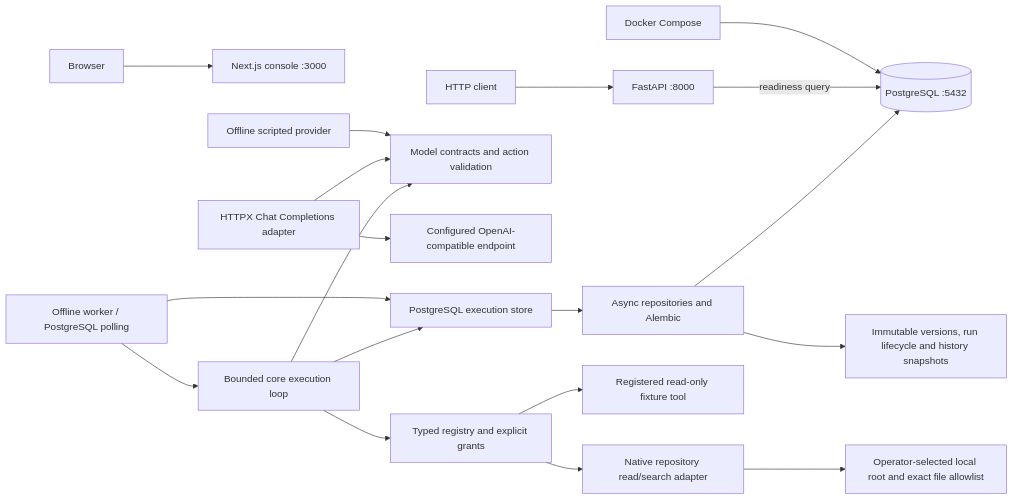
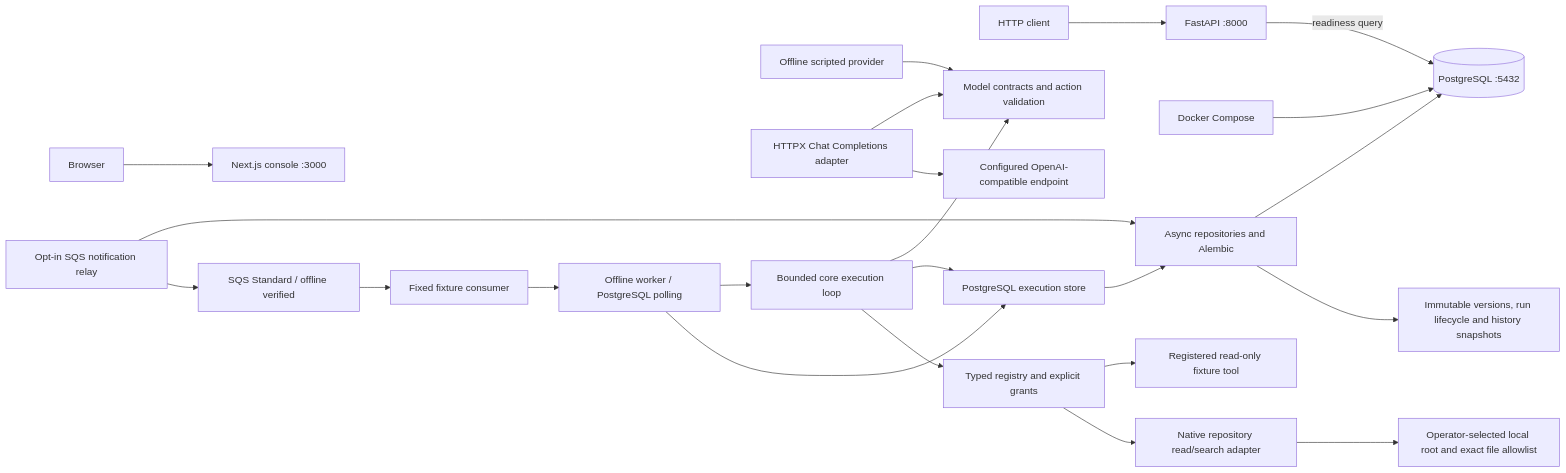
Before and after one commit to TaoM29/runveil: the first of 2 diagrams in ARCHITECTURE.md, drawn with Mermaid. The commit also changed other lines of this file and 2 other files, not shown here.

Commit message:
docs: update Runveil architecture and project roadmap

````diff
--- a/ARCHITECTURE.md
+++ b/ARCHITECTURE.md
@@ -5,21 +5,25 @@
 ```mermaid
 flowchart LR
     Browser --> Web[Next.js console :3000]
     Client[HTTP client] --> API[FastAPI :8000]
     Compose[Docker Compose] --> PG[(PostgreSQL :5432)]
     API -->|readiness query| PG
     Persistence[Async repositories and Alembic] --> PG
     Persistence --> Domain[Immutable versions, run lifecycle and history snapshots]
     Scripted[Offline scripted provider] --> Contracts[Model contracts and action validation]
     Hosted[HTTPX Chat Completions adapter] --> Contracts
     Hosted --> Endpoint[Configured OpenAI-compatible endpoint]
     Worker[Offline worker / PostgreSQL polling] --> Runtime
     Worker --> Store
+    Relay[Opt-in SQS notification relay] --> Persistence
+    Relay --> SQS[SQS Standard / offline verified]
+    SQS --> Consumer[Fixed fixture consumer]
+    Consumer --> Worker
     Runtime[Bounded core execution loop] --> Contracts
     Runtime --> Store[PostgreSQL execution store]
     Store --> Persistence
     Runtime --> Tools[Typed registry and explicit grants]
     Tools --> Fixture[Registered read-only fixture tool]
     Tools --> Repository[Native repository read/search adapter]
     Repository --> Checkout[Operator-selected local root and exact file allowlist]
 ```
````
